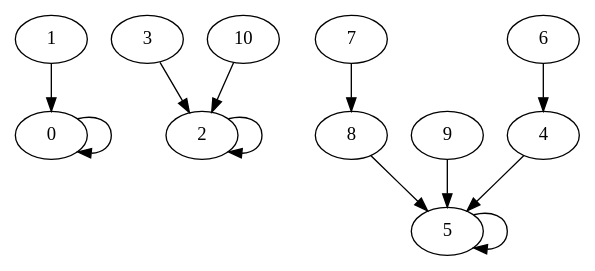
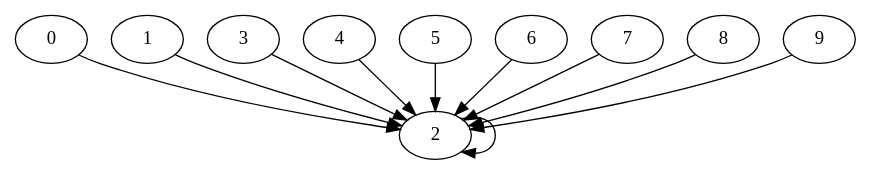
Before and after one commit to lochambeno/ZZ1_Labyrinthe: the diagram in structures/file/affichage.dot, drawn with Graphviz. The commit also changed 20 other files, not shown here.

Commit message:
graphes connexes

```diff
--- a/structures/file/affichage.dot
+++ b/structures/file/affichage.dot
@@ -1,13 +1,12 @@
 digraph mongraphe {
-	0 -> 0;
-	1 -> 0;
+	0 -> 2;
+	1 -> 2;
 	2 -> 2;
 	3 -> 2;
-	4 -> 5;
-	5 -> 5;
-	6 -> 4;
-	7 -> 8;
-	8 -> 5;
-	9 -> 5;
-	10 -> 2;
+	4 -> 2;
+	5 -> 2;
+	6 -> 2;
+	7 -> 2;
+	8 -> 2;
+	9 -> 2;
 }
```
